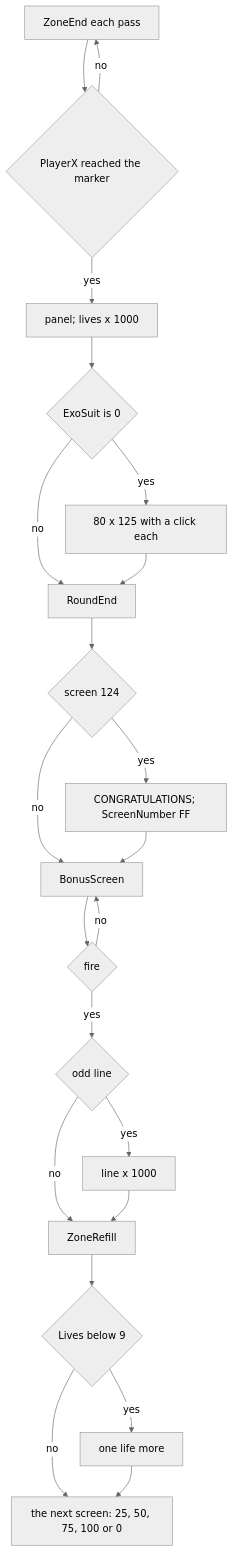
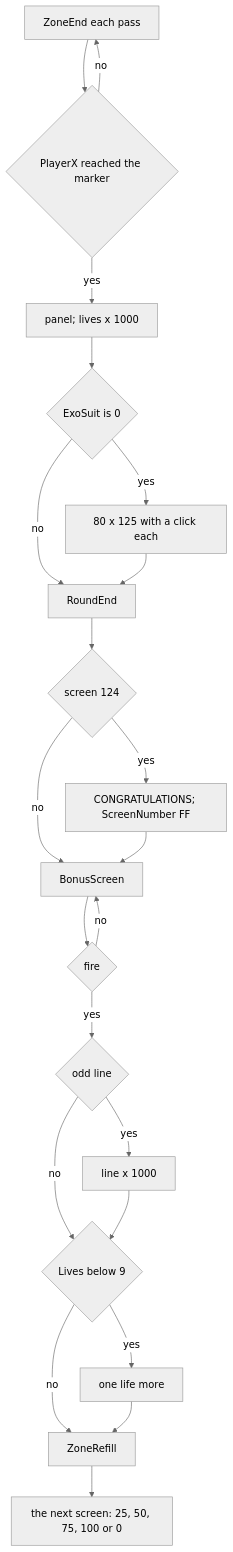
The diagram in games/exolon/docs/01-game-design.md (alfishe/unrealng-reverse-cases), drawn with Mermaid (neutral theme) before and after one commit. The commit also changed other lines of this file and 24 other files, not shown here.

````diff
--- a/games/exolon/docs/01-game-design.md
+++ b/games/exolon/docs/01-game-design.md
@@ -543,24 +545,24 @@
 ```mermaid
 flowchart TD
     A[ZoneEnd each pass] --> B{PlayerX reached the marker}
     B -- no --> A
     B -- yes --> C[panel; lives x 1000]
     C --> D{ExoSuit is 0}
     D -- yes --> E[80 x 125 with a click each]
     D -- no --> F[RoundEnd]
     E --> F
     F --> G{screen 124}
     G -- yes --> H[CONGRATULATIONS; ScreenNumber FF]
     G -- no --> I[BonusScreen]
     H --> I
     I --> J{fire}
     J -- no --> I
     J -- yes --> K{odd line}
     K -- yes --> L[line x 1000]
-    K -- no --> M[ZoneRefill]
-    L --> M
-    M --> N{Lives below 9}
+    K -- no --> N{Lives below 9}
+    L --> N
     N -- yes --> O[one life more]
-    N -- no --> P[the next screen: 25, 50, 75, 100 or 0]
-    O --> P
+    N -- no --> M[ZoneRefill]
+    O --> M
+    M --> P[the next screen: 25, 50, 75, 100 or 0]
 ```
````
